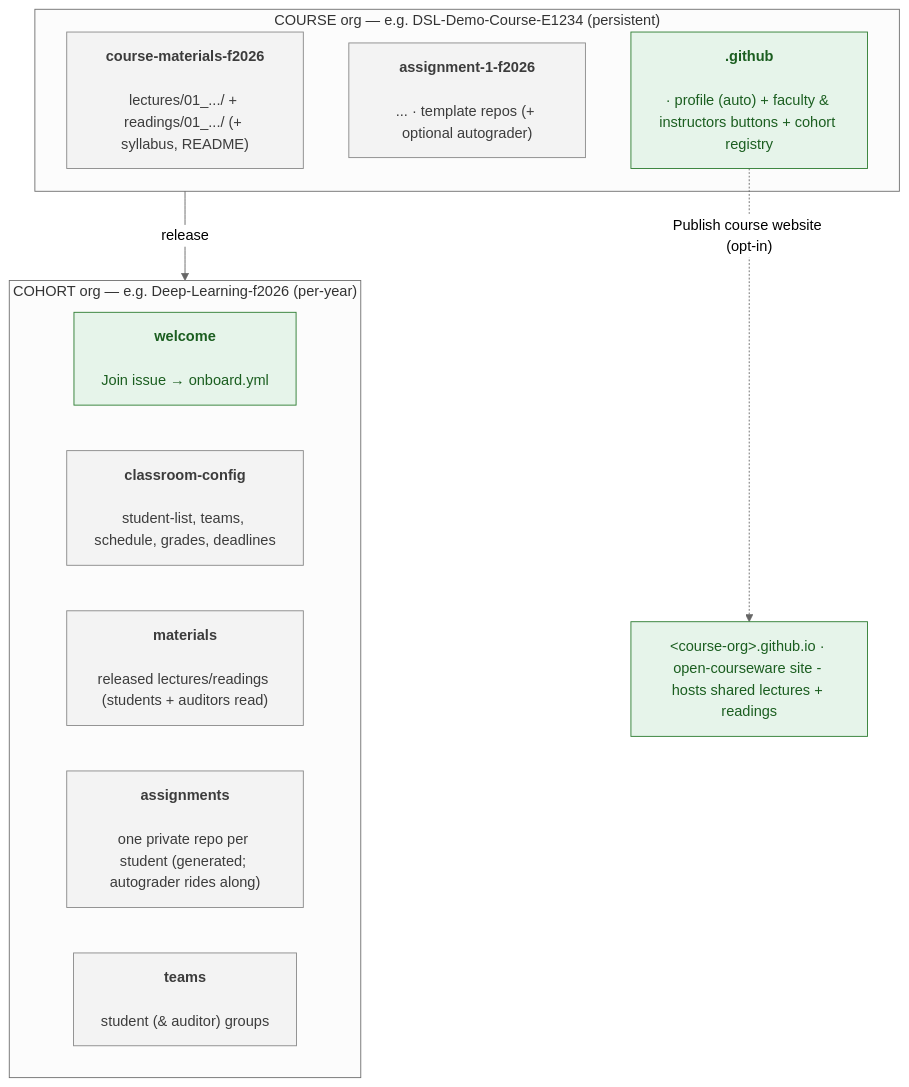
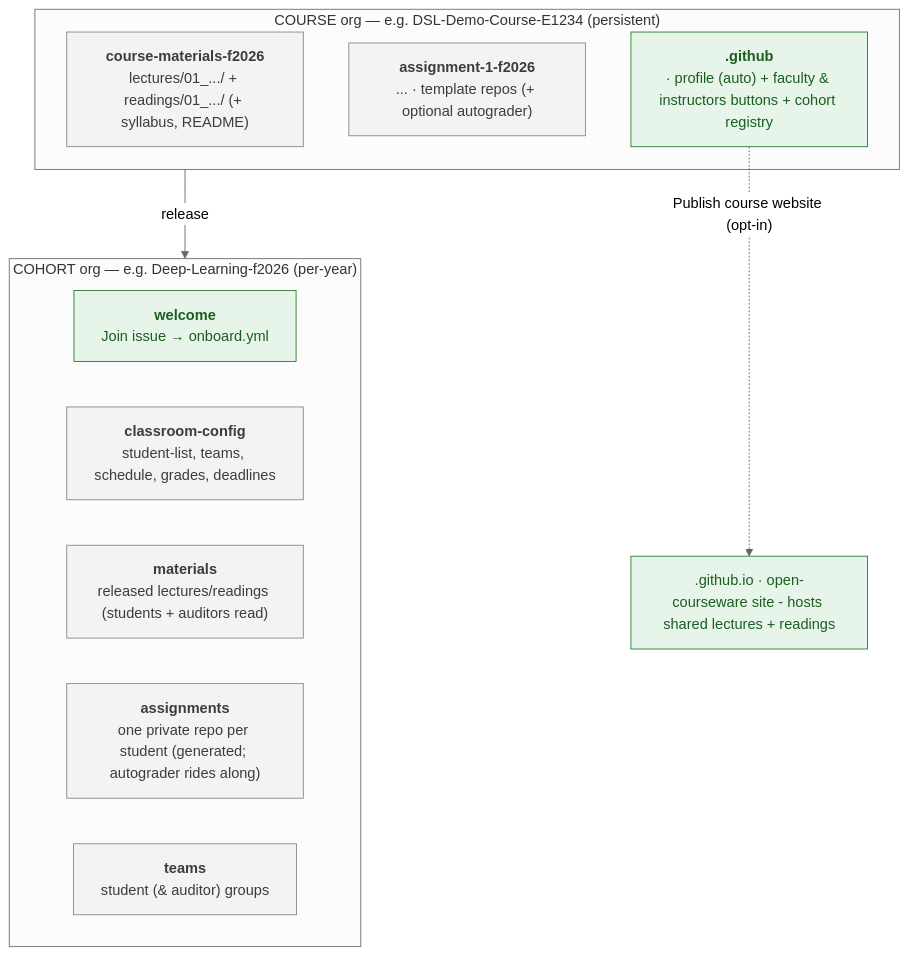
One commit to hertie-data-science-lab/dsl-teaching-course-setup changed the diagram in README.md. Above: the diagram before and after it, drawn with Mermaid (neutral theme). The commit also changed 5 other files, not shown here.

Commit message:
docs: mermaid markdown-string labels for line breaks and bold

````diff
--- a/README.md
+++ b/README.md
@@ -47,42 +47,42 @@
 ```mermaid
 flowchart TB
   subgraph COURSE["COURSE org — e.g. DSL-Demo-Course-E1234 (persistent)"]
-    mat["<strong>course-materials-f2026</strong>
+    mat["`**course-materials-f2026**
 
-lectures/01_.../ + readings/01_.../ (+ syllabus, README)"]
-    tmpl["<strong>assignment-1-f2026</strong>
+lectures/01_.../ + readings/01_.../ (+ syllabus, README)`"]
+    tmpl["`**assignment-1-f2026**
 
-... · template repos (+ optional autograder)"]
-    gh["<strong>.github</strong>
+... · template repos (+ optional autograder)`"]
+    gh["`**.github**
 
-· profile (auto) + faculty & instructors buttons + cohort registry"]
+· profile (auto) + faculty & instructors buttons + cohort registry`"]
   end
 
   subgraph COHORT["COHORT org — e.g. Deep-Learning-f2026 (per-year)"]
-    welcome["<strong>welcome</strong>
+    welcome["`**welcome**
 
-Join issue → onboard.yml"]
-    cfg["<strong>classroom-config</strong>
+Join issue → onboard.yml`"]
+    cfg["`**classroom-config**
 
-student-list, teams, schedule, grades, deadlines"]
-    cmat["<strong>materials</strong>
+student-list, teams, schedule, grades, deadlines`"]
+    cmat["`**materials**
 
-released lectures/readings (students + auditors read)"]
-    repos["<strong>assignments</strong>
+released lectures/readings (students + auditors read)`"]
+    repos["`**assignments**
 
-one private repo per student (generated; autograder rides along)"]
-    team["<strong>teams</strong>
+one private repo per student (generated; autograder rides along)`"]
+    team["`**teams**
 
-student (& auditor) groups"]
+student (& auditor) groups`"]
   end
 
-  pub["&lt;course-org&gt;.github.io · open-courseware site - hosts shared lectures + readings"]
+  pub["`<course-org>.github.io · open-courseware site - hosts shared lectures + readings`"]
 
   COURSE -->|"release"| COHORT
   gh -.->|"Publish course website (opt-in)"| pub
 
   classDef public fill:#e6f4ea,stroke:#2e7d32,color:#1b5e20;
   classDef private fill:#f3f3f3,stroke:#8a8a8a,color:#3c3c3c;
   class gh,welcome,pub public;
   class mat,tmpl,cfg,cmat,repos,team private;
 ```
````
